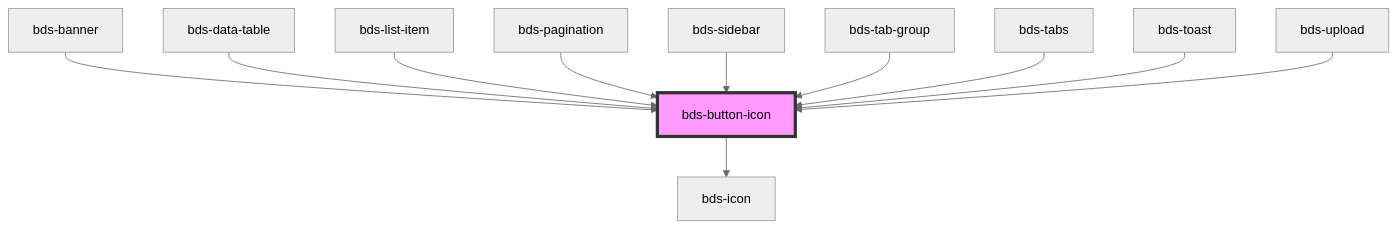
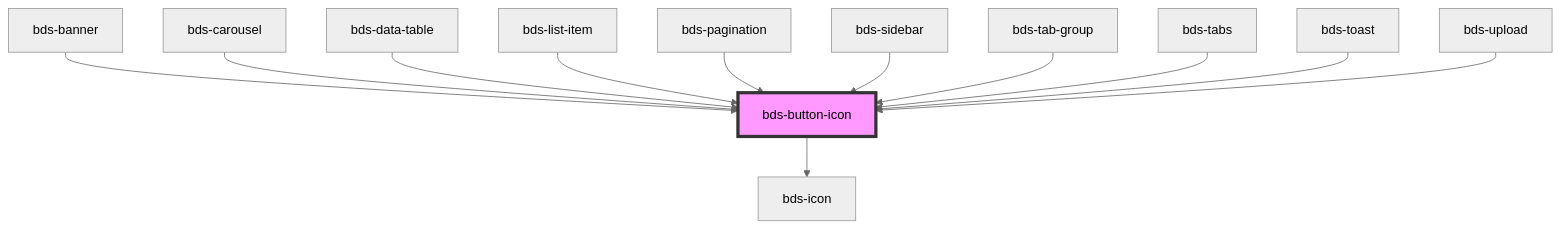
The diagram in src/components/icon-button/readme.md (takenet/blip-ds), drawn with Mermaid (neutral theme) before and after one commit. The commit also changed other lines of this file and 17 other files, not shown here.

Commit message:
feat(carousel): add new component BdsCarousel

````diff
--- a/src/components/icon-button/readme.md
+++ b/src/components/icon-button/readme.md
@@ -46,14 +47,15 @@
 ```mermaid
 graph TD;
   bds-button-icon --> bds-icon
   bds-banner --> bds-button-icon
+  bds-carousel --> bds-button-icon
   bds-data-table --> bds-button-icon
   bds-list-item --> bds-button-icon
   bds-pagination --> bds-button-icon
   bds-sidebar --> bds-button-icon
   bds-tab-group --> bds-button-icon
   bds-tabs --> bds-button-icon
   bds-toast --> bds-button-icon
   bds-upload --> bds-button-icon
   style bds-button-icon fill:#f9f,stroke:#333,stroke-width:4px
 ```
````
